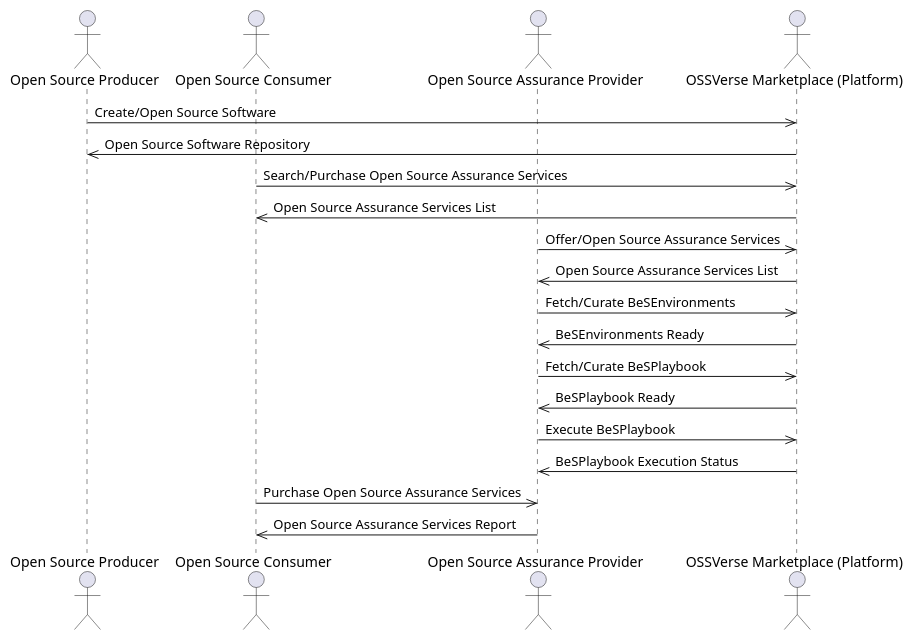
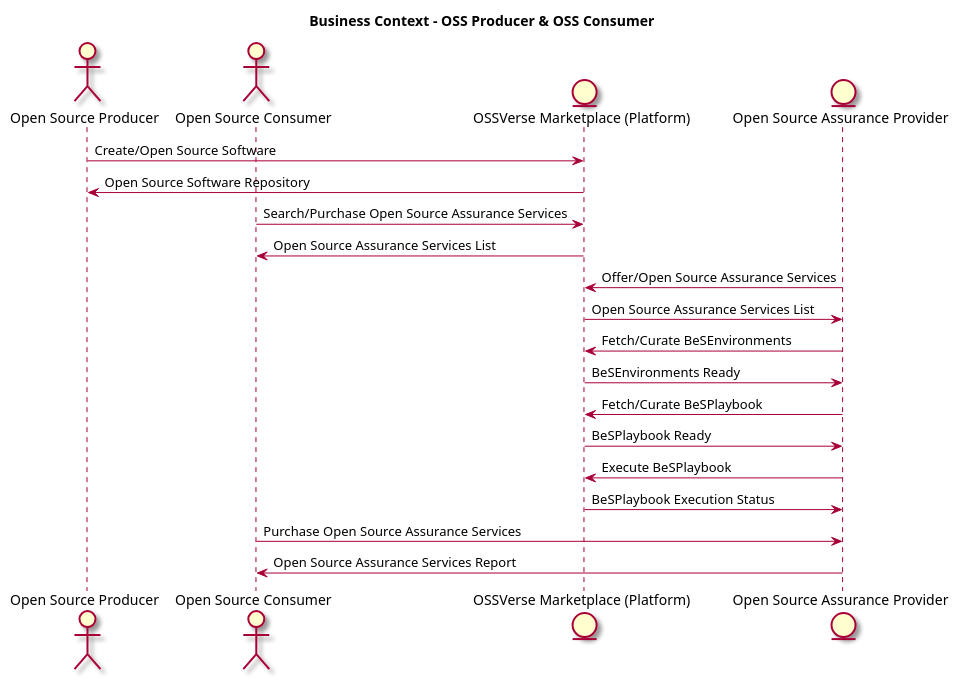
The diagram in docs/puml/BusinessContext.puml (OSSVerse/OSSVerse), drawn with PlantUML before and after one commit. The commit also changed 9 other files, not shown here.

Commit message:
architecture update

```diff
--- a/docs/puml/BusinessContext.puml
+++ b/docs/puml/BusinessContext.puml
@@ -1,28 +1,33 @@
 @startuml
+
+skin rose
+
+title Business Context - OSS Producer & OSS Consumer
+
 actor "Open Source Producer" as OSP
 actor "Open Source Consumer" as OSC
-actor "Open Source Assurance Provider" as OASP
-actor "OSSVerse Marketplace (Platform)" as PF
+entity "OSSVerse Marketplace (Platform)" as PF
+entity "Open Source Assurance Provider" as OASP
 
-OSP ->> PF: Create/Open Source Software
-PF ->> OSP: Open Source Software Repository
+OSP -> PF: Create/Open Source Software
+PF -> OSP: Open Source Software Repository
 
-OSC ->> PF: Search/Purchase Open Source Assurance Services
-PF ->> OSC: Open Source Assurance Services List
+OSC -> PF: Search/Purchase Open Source Assurance Services
+PF -> OSC: Open Source Assurance Services List
 
-OASP ->> PF: Offer/Open Source Assurance Services
-PF ->> OASP: Open Source Assurance Services List
+OASP -> PF: Offer/Open Source Assurance Services
+PF -> OASP: Open Source Assurance Services List
 
-OASP ->> PF: Fetch/Curate BeSEnvironments
-PF ->> OASP: BeSEnvironments Ready
+OASP -> PF: Fetch/Curate BeSEnvironments
+PF -> OASP: BeSEnvironments Ready
 
-OASP ->> PF: Fetch/Curate BeSPlaybook
-PF ->> OASP: BeSPlaybook Ready
+OASP -> PF: Fetch/Curate BeSPlaybook
+PF -> OASP: BeSPlaybook Ready
 
-OASP ->> PF: Execute BeSPlaybook
-PF ->> OASP: BeSPlaybook Execution Status
+OASP -> PF: Execute BeSPlaybook
+PF -> OASP: BeSPlaybook Execution Status
 
-OSC ->> OASP: Purchase Open Source Assurance Services
-OASP ->> OSC: Open Source Assurance Services Report
+OSC -> OASP: Purchase Open Source Assurance Services
+OASP -> OSC: Open Source Assurance Services Report
 
 @enduml
```
